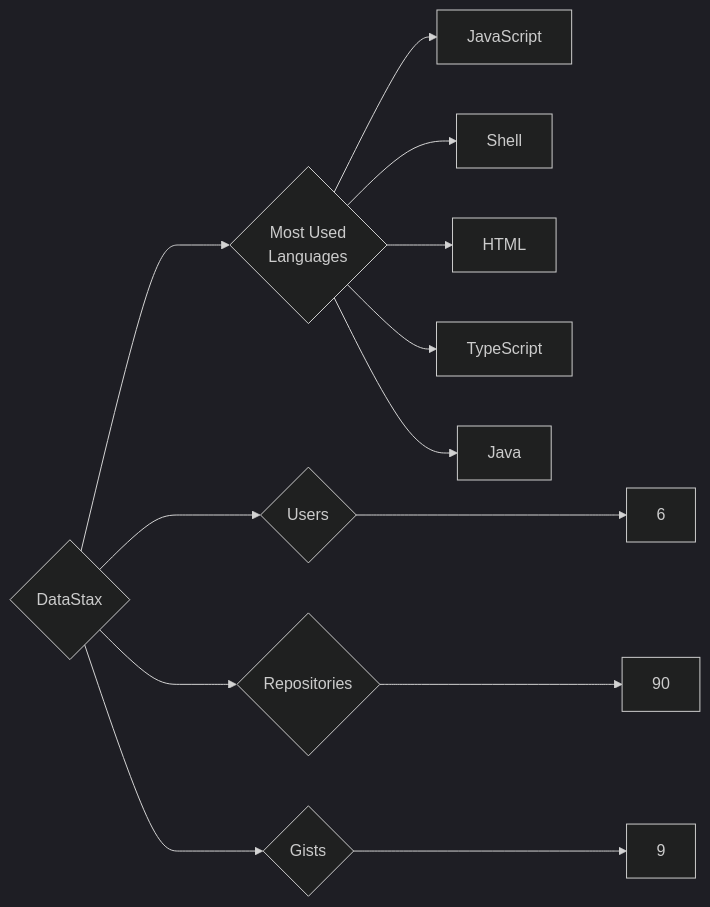
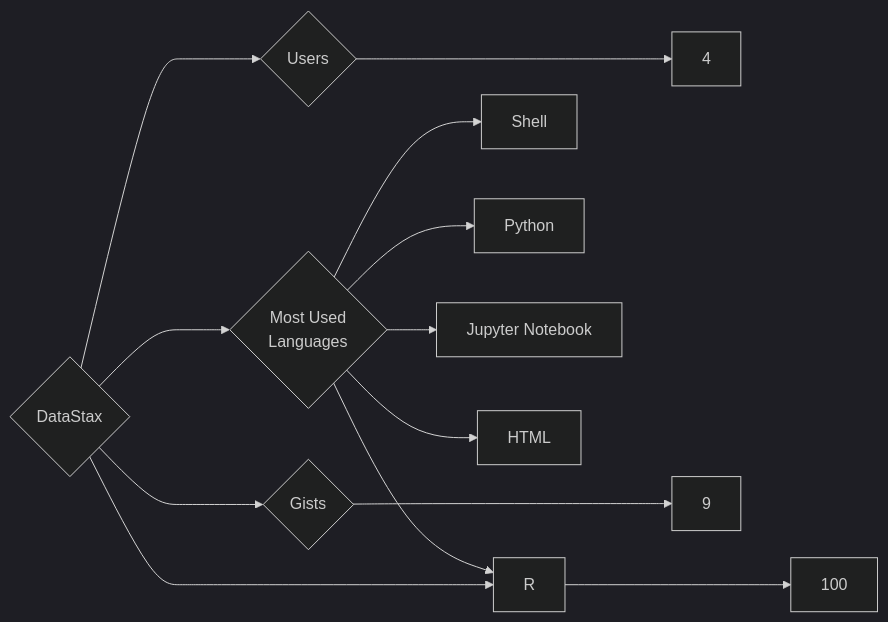
Before and after one commit to trickest/insiders: the diagram in targets/DataStax/README.md, drawn with Mermaid (dark theme). The commit also changed 880 other files, not shown here.

````diff
--- a/targets/DataStax/README.md
+++ b/targets/DataStax/README.md
@@ -3,13 +3,13 @@
 ```mermaid
 graph LR
 COMPANY_NAME{DataStax}
-COMPANY_NAME ---> U{Users} ---> UN[6]
-COMPANY_NAME ---> R{Repositories} ---> RN[90]
+COMPANY_NAME ---> U{Users} ---> UN[4]
+COMPANY_NAME ---> R{Repositories} ---> RN[100]
 COMPANY_NAME ---> G{Gists} ---> GN[9]
 COMPANY_NAME ---> ML{Most Used<br>Languages}
-ML --> JavaScript[JavaScript]
 ML --> Shell[Shell]
+ML --> Python[Python]
+ML --> Jupyter_Notebook[Jupyter Notebook]
 ML --> HTML[HTML]
-ML --> TypeScript[TypeScript]
-ML --> Java[Java]
+ML --> R[R]
 ```
````
